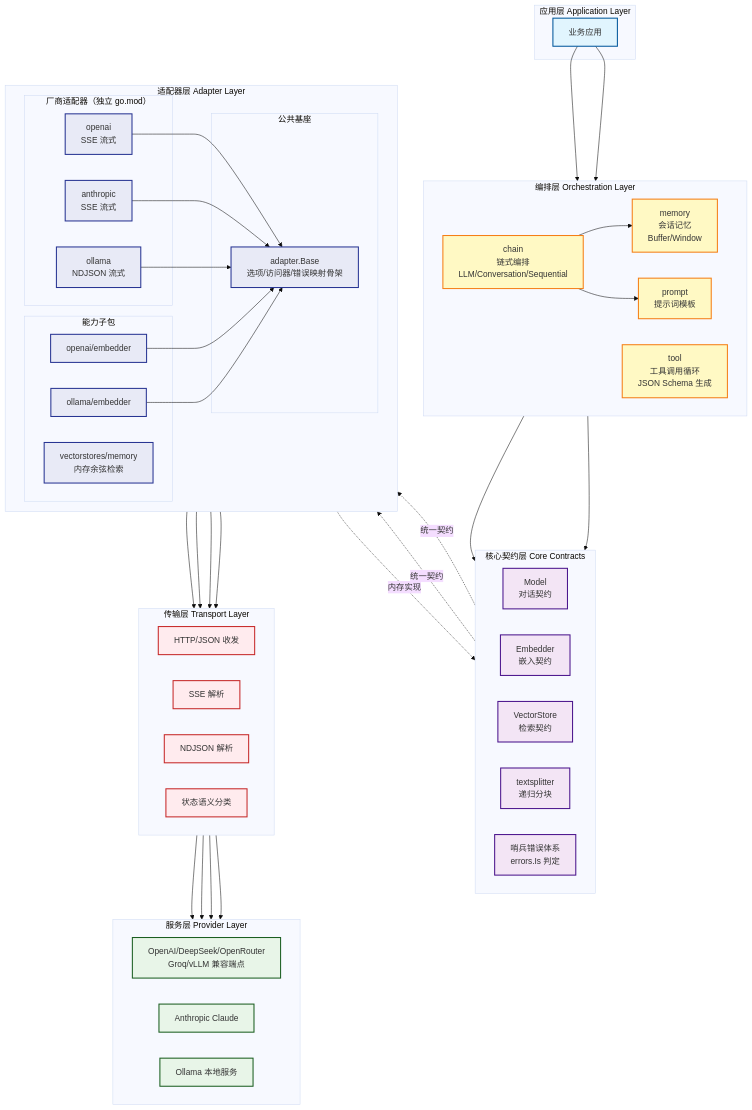
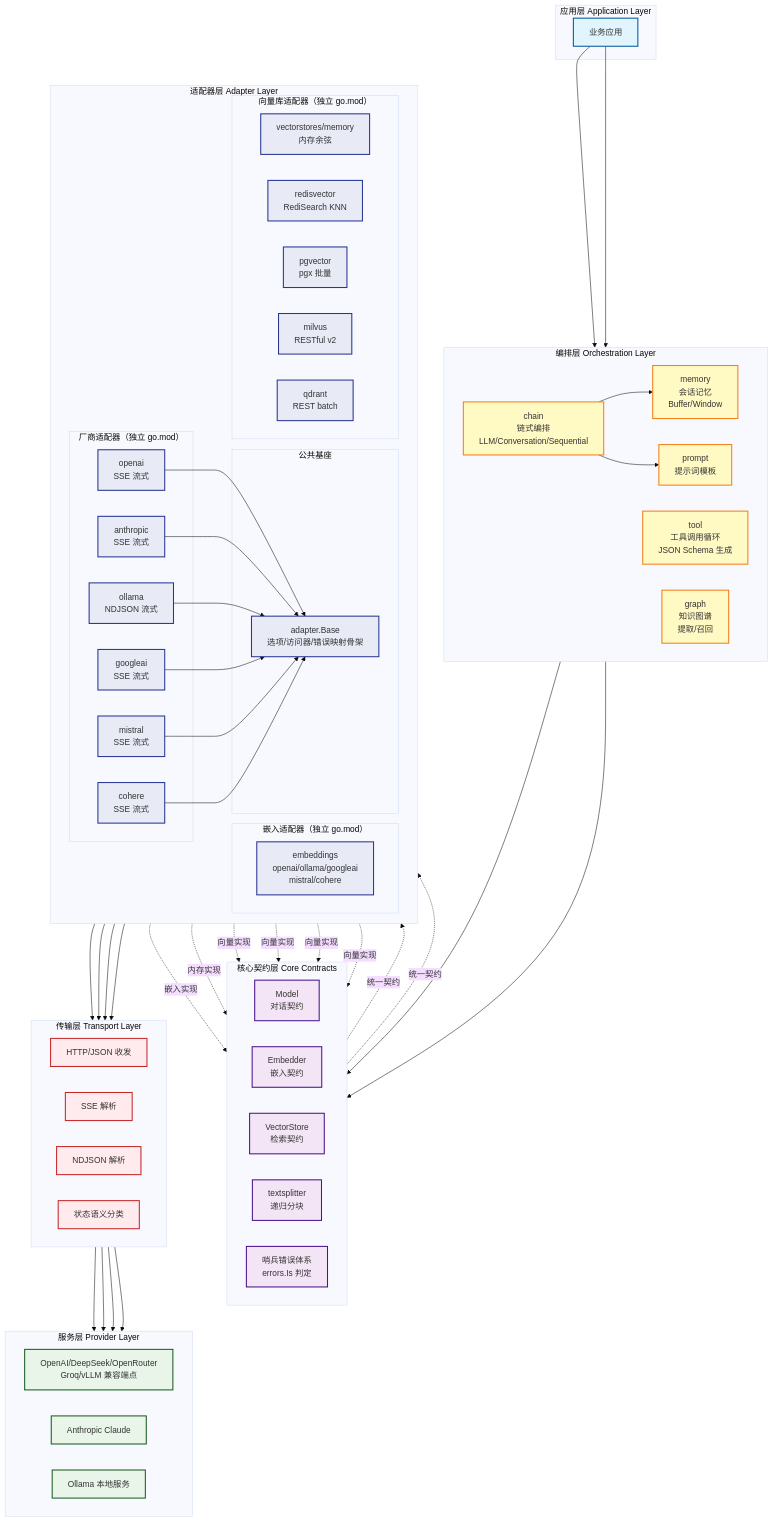
Before and after one commit to kamalyes/go-llmx: the diagram in README.md, drawn with Mermaid (base theme). The commit also changed other lines of this file, not shown here.

First line of the commit message:
📝 docs: README 对齐模块全景——图谱/五家向量库/嵌入适配器

````diff
--- a/README.md
+++ b/README.md
@@ -25,6 +25,7 @@
         Tool[tool<br/>工具调用循环<br/>JSON Schema 生成]
         Prompt[prompt<br/>提示词模板]
         Memory[memory<br/>会话记忆<br/>Buffer/Window]
+        Graph[graph<br/>知识图谱<br/>提取/召回]
     end
 
     subgraph "核心契约层 Core Contracts"
@@ -47,12 +48,21 @@
             OpenAI[openai<br/>SSE 流式]
             Anthropic[anthropic<br/>SSE 流式]
             Ollama[ollama<br/>NDJSON 流式]
+            GoogleAI[googleai<br/>SSE 流式]
+            Mistral[mistral<br/>SSE 流式]
+            Cohere[cohere<br/>SSE 流式]
         end
 
-        subgraph "能力子包"
-            OpenAIEmbed[openai/embedder]
-            OllamaEmbed[ollama/embedder]
-            VSMemory[vectorstores/memory<br/>内存余弦检索]
+        subgraph "嵌入适配器（独立 go.mod）"
+            Embeds[embeddings<br/>openai/ollama/googleai<br/>mistral/cohere]
+        end
+
+        subgraph "向量库适配器（独立 go.mod）"
+            VSMemory[vectorstores/memory<br/>内存余弦]
+            VSRedis[redisvector<br/>RediSearch KNN]
+            VSPG[pgvector<br/>pgx 批量]
+            VSMilvus[milvus<br/>RESTful v2]
+            VSQdrant[qdrant<br/>REST batch]
         end
     end
 
@@ -83,8 +93,9 @@
     OpenAI --> Base
     Anthropic --> Base
     Ollama --> Base
-    OpenAIEmbed --> Base
-    OllamaEmbed --> Base
+    GoogleAI --> Base
+    Mistral --> Base
+    Cohere --> Base
 
     Base --> HTTP
     Base --> SSE
@@ -95,7 +106,12 @@
     SSE --> OpenAIPro
     SSE --> ClaudePro
     NDJSON --> OllamaPro
+    Embeds -.->|嵌入实现| Embedder
     VSMemory -.->|内存实现| VectorStore
+    VSRedis -.->|向量实现| VectorStore
+    VSPG -.->|向量实现| VectorStore
+    VSMilvus -.->|向量实现| VectorStore
+    VSQdrant -.->|向量实现| VectorStore
 
     classDef appStyle fill:#e1f5fe,stroke:#01579b,stroke-width:2px
     classDef orchStyle fill:#fff9c4,stroke:#f57f17,stroke-width:2px
@@ -105,9 +121,9 @@
     classDef providerStyle fill:#e8f5e8,stroke:#1b5e20,stroke-width:2px
 
     class App appStyle
-    class Chain,Tool,Prompt,Memory orchStyle
+    class Chain,Tool,Prompt,Memory,Graph orchStyle
     class Model,Embedder,VectorStore,TextSplitter,Sentinels contractStyle
-    class Base,OpenAI,Anthropic,Ollama,OpenAIEmbed,OllamaEmbed,VSMemory adapterStyle
+    class Base,OpenAI,Anthropic,Ollama,GoogleAI,Mistral,Cohere,Embeds,VSMemory,VSRedis,VSPG,VSMilvus,VSQdrant adapterStyle
     class HTTP,SSE,NDJSON,Classify transportStyle
     class OpenAIPro,ClaudePro,OllamaPro providerStyle
 ```
````
